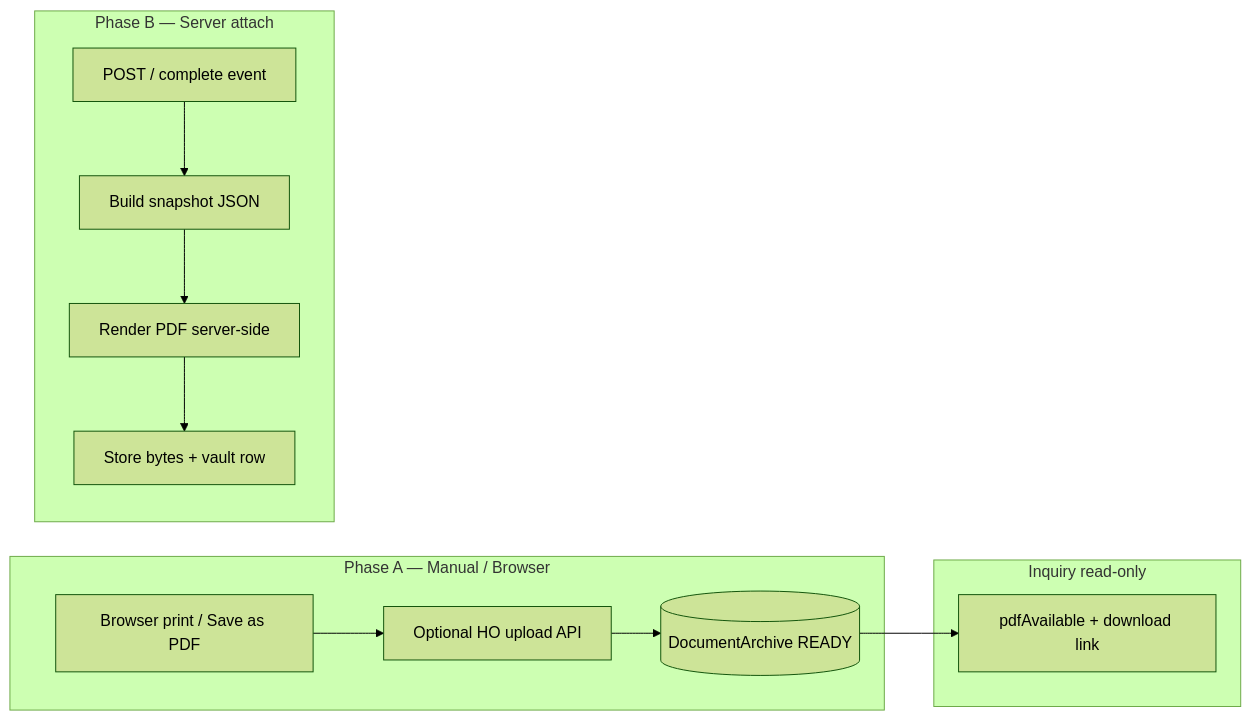
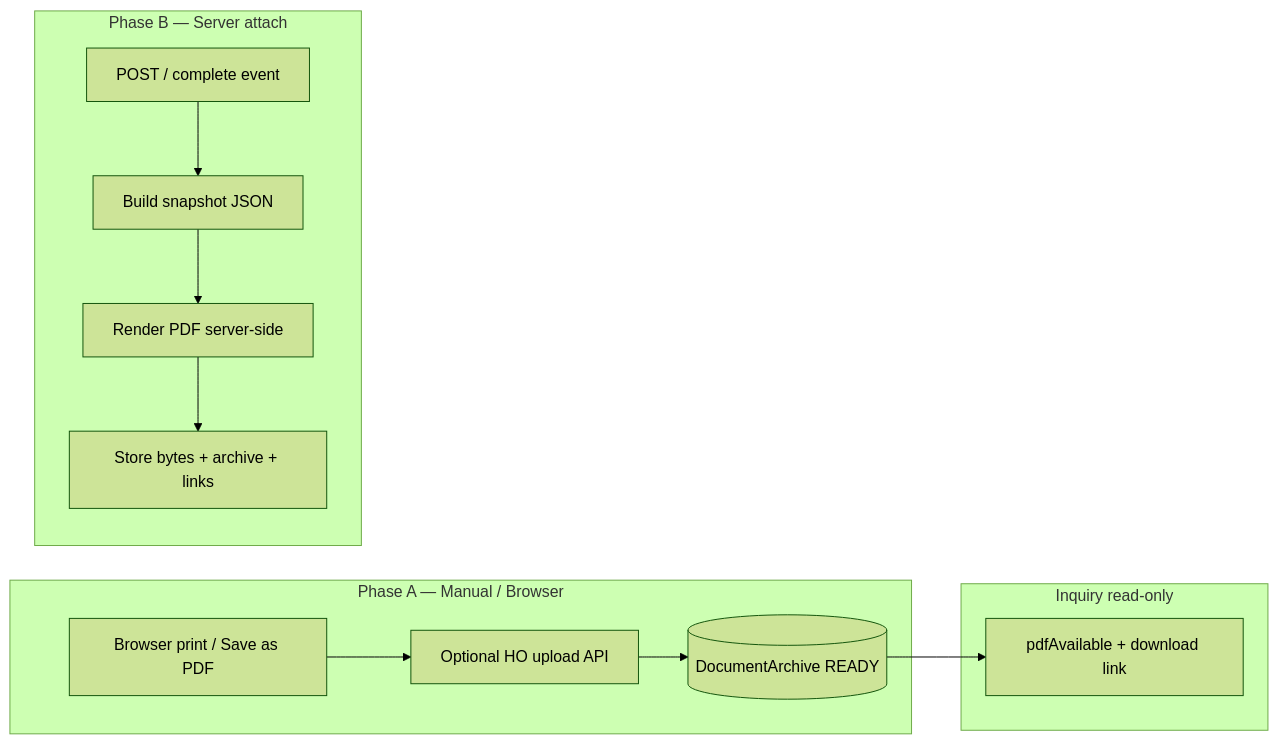
The second of 2 diagrams in docs/FINANCE_DOCUMENT_ARCHIVE_VAULT_DESIGN.md (thkiti/asa-con-v0), drawn with Mermaid (forest theme) before and after one commit. The commit also changed other lines of this file and 1 other file, not shown here.

Commit message:
Clarify document vault PAY COL archive model

````diff
--- a/docs/FINANCE_DOCUMENT_ARCHIVE_VAULT_DESIGN.md
+++ b/docs/FINANCE_DOCUMENT_ARCHIVE_VAULT_DESIGN.md
@@ -243,22 +349,22 @@
 ```mermaid
 flowchart LR
   subgraph phaseA [Phase A — Manual / Browser]
     Print["Browser print / Save as PDF"]
     Upload["Optional HO upload API"]
     Vault[(DocumentArchive READY)]
     Print --> Upload --> Vault
   end
 
   subgraph phaseB [Phase B — Server attach]
   Post["POST / complete event"]
   Snap["Build snapshot JSON"]
   Gen["Render PDF server-side"]
-  Store["Store bytes + vault row"]
+  Store["Store bytes + archive + links"]
   Post --> Snap --> Gen --> Store
   end
 
   subgraph inquiry [Inquiry read-only]
   Lookup["pdfAvailable + download link"]
   Vault --> Lookup
   end
 ```
````
